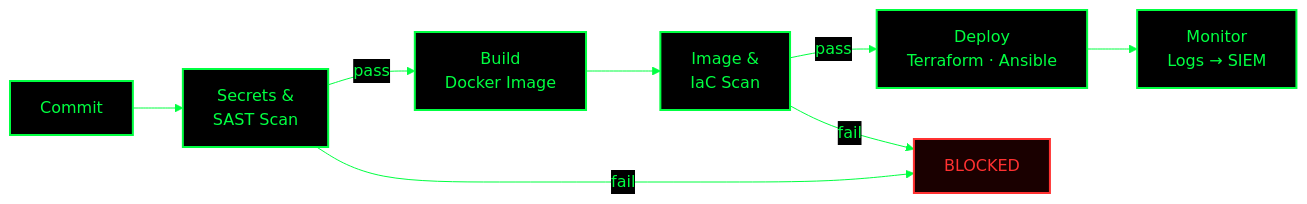
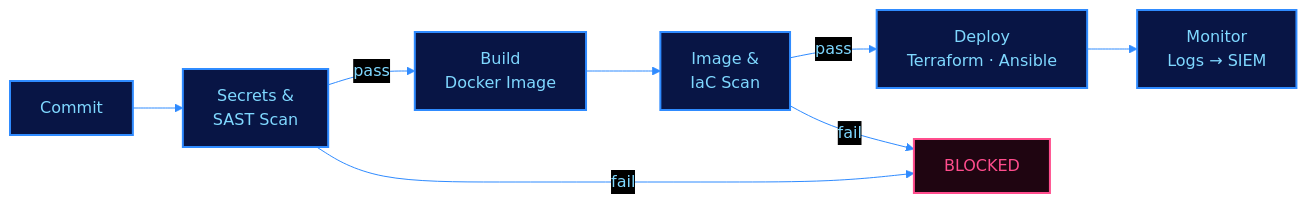
One commit to karabo17-x/karabo17-x changed the third of 5 diagrams in README.md. Above: the diagram before and after it, drawn with Mermaid. The commit also changed other lines of this file, not shown here.

````diff
--- a/README.md
+++ b/README.md
@@ -103,17 +102,17 @@
 ```mermaid
-%%{init: {'theme':'base','themeVariables':{'background':'#000000','primaryColor':'#000000','primaryTextColor':'#00ff41','primaryBorderColor':'#00ff41','lineColor':'#00ff41','secondaryColor':'#000000','tertiaryColor':'#000000','fontFamily':'Courier New, monospace'}}}%%
+%%{init: {'theme':'base','themeVariables':{'background':'#000000','primaryColor':'#081545','primaryTextColor':'#7fd8ff','primaryBorderColor':'#2f8bff','lineColor':'#2f8bff','secondaryColor':'#000000','tertiaryColor':'#000000','fontFamily':'Courier New, monospace'}}}%%
 flowchart LR
     C["Commit"] --> S["Secrets &<br/>SAST Scan"]
     S -->|pass| B["Build<br/>Docker Image"]
     B --> I["Image &<br/>IaC Scan"]
     I -->|pass| D["Deploy<br/>Terraform · Ansible"]
     D --> M["Monitor<br/>Logs → SIEM"]
 
     S -->|fail| X["BLOCKED"]
     I -->|fail| X
 
-    classDef ok fill:#000,stroke:#00ff41,stroke-width:2px,color:#00ff41;
-    classDef bad fill:#1a0000,stroke:#ff3131,stroke-width:2px,color:#ff3131;
+    classDef ok fill:#081545,stroke:#2f8bff,stroke-width:2px,color:#7fd8ff;
+    classDef bad fill:#1f0511,stroke:#ff4d8d,stroke-width:2px,color:#ff4d8d;
     class C,S,B,I,D,M ok;
     class X bad;
 ```
````
